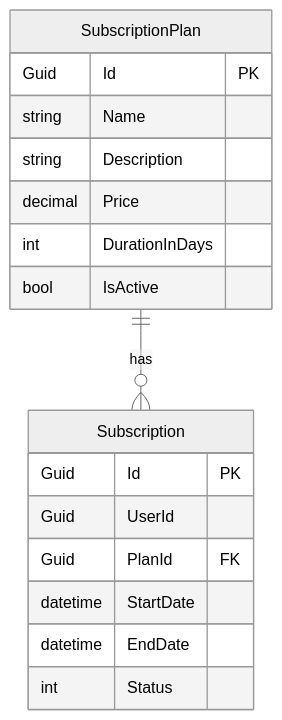
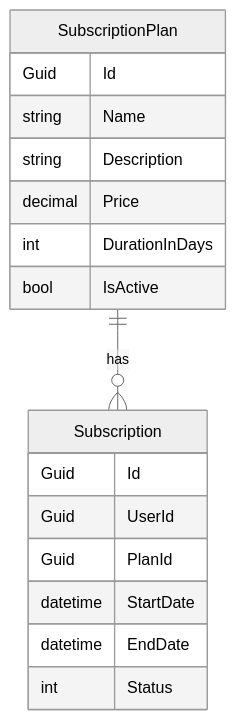
Before and after one commit to yasserebrahimi/SubscriptionManagement: the first of 3 diagrams in docs/diagrams/Diagrams.md, drawn with Mermaid (neutral theme). The commit also changed other lines of this file and 5 other files, not shown here.

Commit message:
docs: initial docs with fixed Mermaid

````diff
--- a/docs/diagrams/Diagrams.md
+++ b/docs/diagrams/Diagrams.md
@@ -4,20 +6,20 @@
 ```mermaid
 erDiagram
   SubscriptionPlan ||--o{ Subscription : has
   Subscription {
-    Guid Id PK
+    Guid Id
     Guid UserId
-    Guid PlanId FK
+    Guid PlanId
     datetime StartDate
     datetime EndDate
     int Status
   }
   SubscriptionPlan {
-    Guid Id PK
+    Guid Id
     string Name
     string Description
     decimal Price
     int DurationInDays
     bool IsActive
   }
 ```
````
